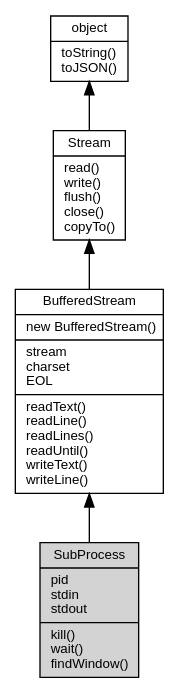
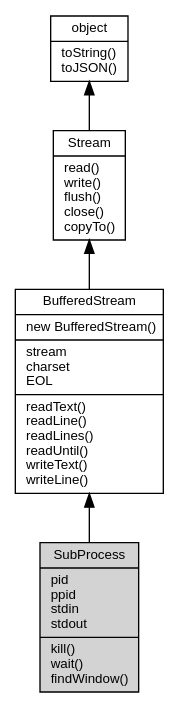
One commit to fibjs/fibjs.org changed the diagram in docs/manual/object/ifs/SubProcess.md. Above: the diagram before and after it, drawn with Graphviz. The commit also changed other lines of this file and 210 other files, not shown here.

````diff
--- a/docs/manual/object/ifs/SubProcess.md
+++ b/docs/manual/object/ifs/SubProcess.md
@@ -10,14 +10,14 @@
 ```dot
 digraph {
     node [fontname="Helvetica,sans-Serif", fontsize=10, shape="record", style="filled", fillcolor="white"];
 
     object [tooltip="object", URL="object.md", label="{object|toString()\ltoJSON()\l}"];
     Stream [tooltip="Stream", URL="Stream.md", label="{Stream|read()\lwrite()\lflush()\lclose()\lcopyTo()\l}"];
     BufferedStream [tooltip="BufferedStream", URL="BufferedStream.md", label="{BufferedStream|new BufferedStream()\l|stream\lcharset\lEOL\l|readText()\lreadLine()\lreadLines()\lreadUntil()\lwriteText()\lwriteLine()\l}"];
-    SubProcess [tooltip="SubProcess", fillcolor="lightgray", id="me", label="{SubProcess|pid\lstdin\lstdout\l|kill()\lwait()\lfindWindow()\l}"];
+    SubProcess [tooltip="SubProcess", fillcolor="lightgray", id="me", label="{SubProcess|pid\lppid\lstdin\lstdout\l|kill()\lwait()\lfindWindow()\l}"];
 
     object -> Stream [dir=back];
     Stream -> BufferedStream [dir=back];
     BufferedStream -> SubProcess [dir=back];
 }
 ```
````
